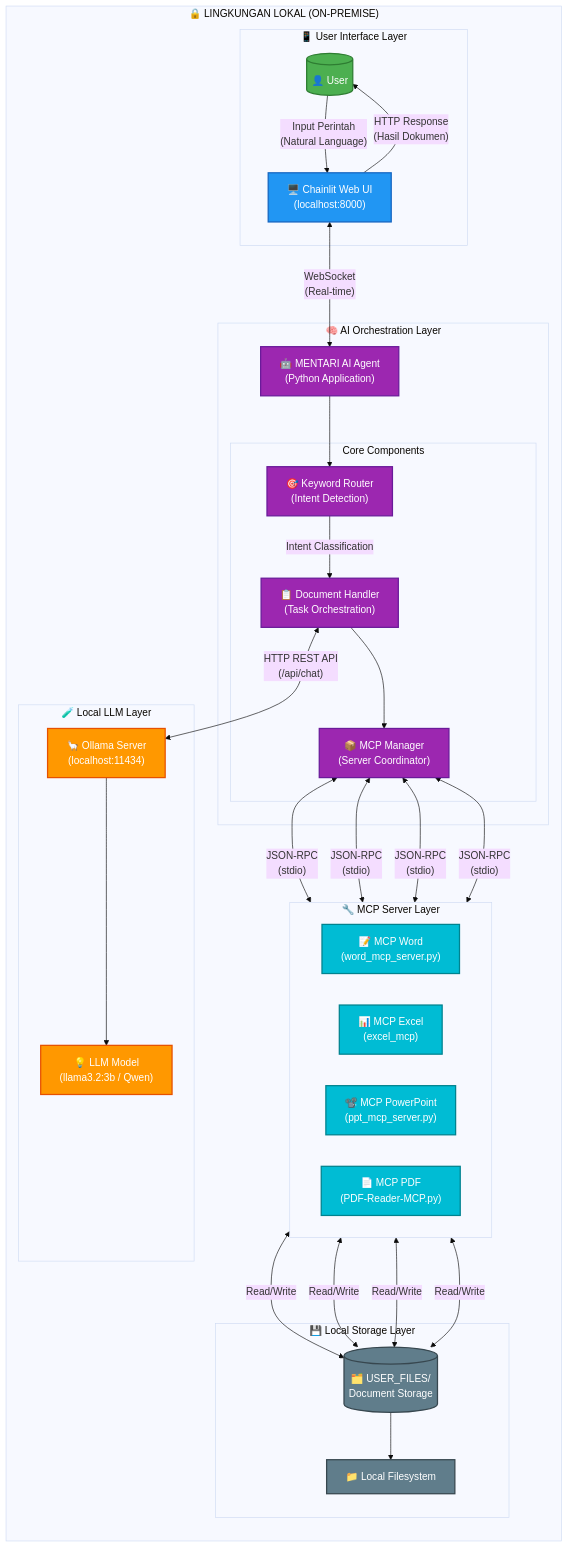
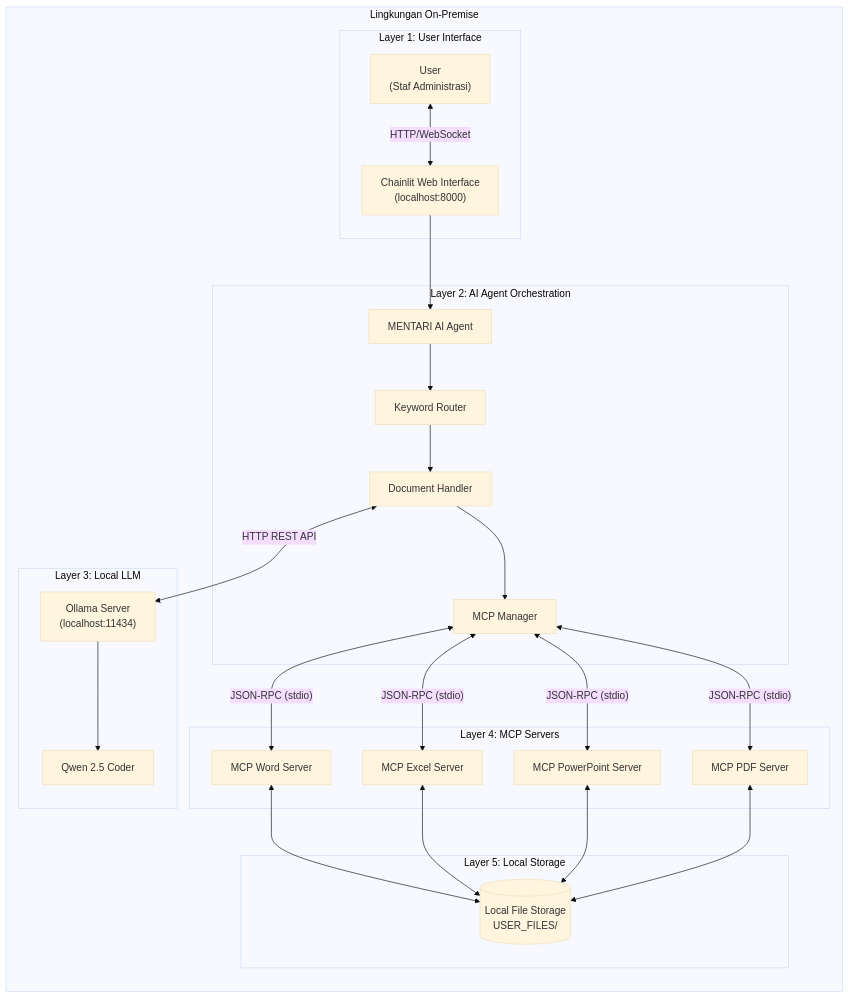
The first of 5 diagrams in arsitektur_mentari.md (tataaditya/Try-The-FireBase), drawn with Mermaid (base theme) before and after one commit. The commit also changed other lines of this file, not shown here.

````diff
--- a/arsitektur_mentari.md
+++ b/arsitektur_mentari.md
@@ -5,84 +100,50 @@
 ```mermaid
 flowchart TB
-    subgraph LOCAL_ENVIRONMENT["🔒 LINGKUNGAN LOKAL (ON-PREMISE)"]
+    subgraph ENV["Lingkungan On-Premise"]
         direction TB
         
-        subgraph USER_LAYER["📱 User Interface Layer"]
-            USER[("👤 User")]
-            UI["🖥️ Chainlit Web UI<br/>(localhost:8000)"]
+        subgraph L1["Layer 1: User Interface"]
+            USER["User<br/>(Staf Administrasi)"]
+            UI["Chainlit Web Interface<br/>(localhost:8000)"]
         end
         
-        subgraph ORCHESTRATION_LAYER["🧠 AI Orchestration Layer"]
-            AGENT["🤖 MENTARI AI Agent<br/>(Python Application)"]
-            
-            subgraph COMPONENTS["Core Components"]
-                ROUTER["🎯 Keyword Router<br/>(Intent Detection)"]
-                HANDLER["📋 Document Handler<br/>(Task Orchestration)"]
-                MCP_MGR["📦 MCP Manager<br/>(Server Coordinator)"]
-            end
+        subgraph L2["Layer 2: AI Agent Orchestration"]
+            AGENT["MENTARI AI Agent"]
+            ROUTER["Keyword Router"]
+            HANDLER["Document Handler"]
+            MCPMGR["MCP Manager"]
         end
         
-        subgraph LLM_LAYER["🧪 Local LLM Layer"]
-            OLLAMA["🦙 Ollama Server<br/>(localhost:11434)"]
-            MODEL["💡 LLM Model<br/>(llama3.2:3b / Qwen)"]
+        subgraph L3["Layer 3: Local LLM"]
+            OLLAMA["Ollama Server<br/>(localhost:11434)"]
+            MODEL["Qwen 2.5 Coder"]
         end
         
-        subgraph MCP_LAYER["🔧 MCP Server Layer"]
-            direction LR
-            MCP_WORD["📝 MCP Word<br/>(word_mcp_server.py)"]
-            MCP_EXCEL["📊 MCP Excel<br/>(excel_mcp)"]
-            MCP_PPT["📽️ MCP PowerPoint<br/>(ppt_mcp_server.py)"]
-            MCP_PDF["📄 MCP PDF<br/>(PDF-Reader-MCP.py)"]
+        subgraph L4["Layer 4: MCP Servers"]
+            MCPW["MCP Word Server"]
+            MCPE["MCP Excel Server"]
+            MCPP["MCP PowerPoint Server"]
+            MCPPDF["MCP PDF Server"]
         end
         
-        subgraph STORAGE_LAYER["💾 Local Storage Layer"]
-            USER_FILES[("🗂️ USER_FILES/<br/>Document Storage")]
-            LOCAL_FS["📁 Local Filesystem"]
+        subgraph L5["Layer 5: Local Storage"]
+            STORAGE[("Local File Storage<br/>USER_FILES/")]
         end
     end
     
-    %% User Interactions
-    USER -->|"Input Perintah<br/>(Natural Language)"| UI
-    UI -->|"HTTP Response<br/>(Hasil Dokumen)"| USER
-    
-    %% UI to Agent
-    UI <-->|"WebSocket<br/>(Real-time)"| AGENT
-    
-    %% Agent Internal Flow
+    USER <-->|"HTTP/WebSocket"| UI
+    UI --> AGENT
     AGENT --> ROUTER
-    ROUTER -->|"Intent Classification"| HANDLER
-    HANDLER --> MCP_MGR
-    
-    %% LLM Communication
-    HANDLER <-->|"HTTP REST API<br/>(/api/chat)"| OLLAMA
+    ROUTER --> HANDLER
+    HANDLER --> MCPMGR
+    HANDLER <-->|"HTTP REST API"| OLLAMA
     OLLAMA --> MODEL
-    
-    %% MCP Communication
-    MCP_MGR <-->|"JSON-RPC<br/>(stdio)"| MCP_WORD
-    MCP_MGR <-->|"JSON-RPC<br/>(stdio)"| MCP_EXCEL
-    MCP_MGR <-->|"JSON-RPC<br/>(stdio)"| MCP_PPT
-    MCP_MGR <-->|"JSON-RPC<br/>(stdio)"| MCP_PDF
-    
-    %% Storage Access
-    MCP_WORD <-->|"Read/Write"| USER_FILES
-    MCP_EXCEL <-->|"Read/Write"| USER_FILES
-    MCP_PPT <-->|"Read/Write"| USER_FILES
-    MCP_PDF <-->|"Read/Write"| USER_FILES
-    USER_FILES --> LOCAL_FS
-    
-    %% Styling
-    classDef userStyle fill:#4CAF50,stroke:#2E7D32,color:#fff,stroke-width:2px
-    classDef uiStyle fill:#2196F3,stroke:#1565C0,color:#fff,stroke-width:2px
-    classDef agentStyle fill:#9C27B0,stroke:#6A1B9A,color:#fff,stroke-width:2px
-    classDef llmStyle fill:#FF9800,stroke:#E65100,color:#fff,stroke-width:2px
-    classDef mcpStyle fill:#00BCD4,stroke:#00838F,color:#fff,stroke-width:2px
-    classDef storageStyle fill:#607D8B,stroke:#37474F,color:#fff,stroke-width:2px
-    classDef componentStyle fill:#E1BEE7,stroke:#7B1FA2,color:#000,stroke-width:1px
-    
-    class USER userStyle
-    class UI uiStyle
-    class AGENT,ROUTER,HANDLER,MCP_MGR agentStyle
-    class OLLAMA,MODEL llmStyle
-    class MCP_WORD,MCP_EXCEL,MCP_PPT,MCP_PDF mcpStyle
-    class USER_FILES,LOCAL_FS storageStyle
+    MCPMGR <-->|"JSON-RPC (stdio)"| MCPW
+    MCPMGR <-->|"JSON-RPC (stdio)"| MCPE
+    MCPMGR <-->|"JSON-RPC (stdio)"| MCPP
+    MCPMGR <-->|"JSON-RPC (stdio)"| MCPPDF
+    MCPW <--> STORAGE
+    MCPE <--> STORAGE
+    MCPP <--> STORAGE
+    MCPPDF <--> STORAGE
 ```
````
